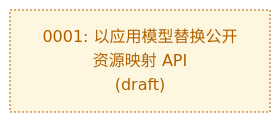
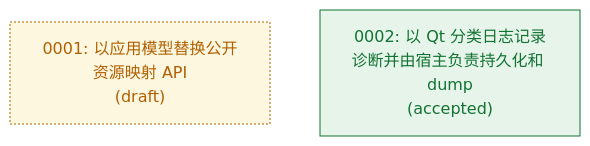
The diagram in docs/adr/README.md (awsl12581/qt5-webview2), drawn with Mermaid (neutral theme) before and after one commit. The commit also changed other lines of this file and 22 other files, not shown here.

````diff
--- a/docs/adr/README.md
+++ b/docs/adr/README.md
@@ -7,5 +11,7 @@
 ```mermaid
 graph TD
     0001["0001: 以应用模型替换公开资源映射 API<br/>(draft)"]
     style 0001 fill:#fef7e0,stroke:#b06000,color:#b06000,stroke-dasharray: 2 2
+    0002["0002: 以 Qt 分类日志记录诊断并由宿主负责持久化和 dump<br/>(accepted)"]
+    style 0002 fill:#e6f4ea,stroke:#137333,color:#137333
 ```
````
